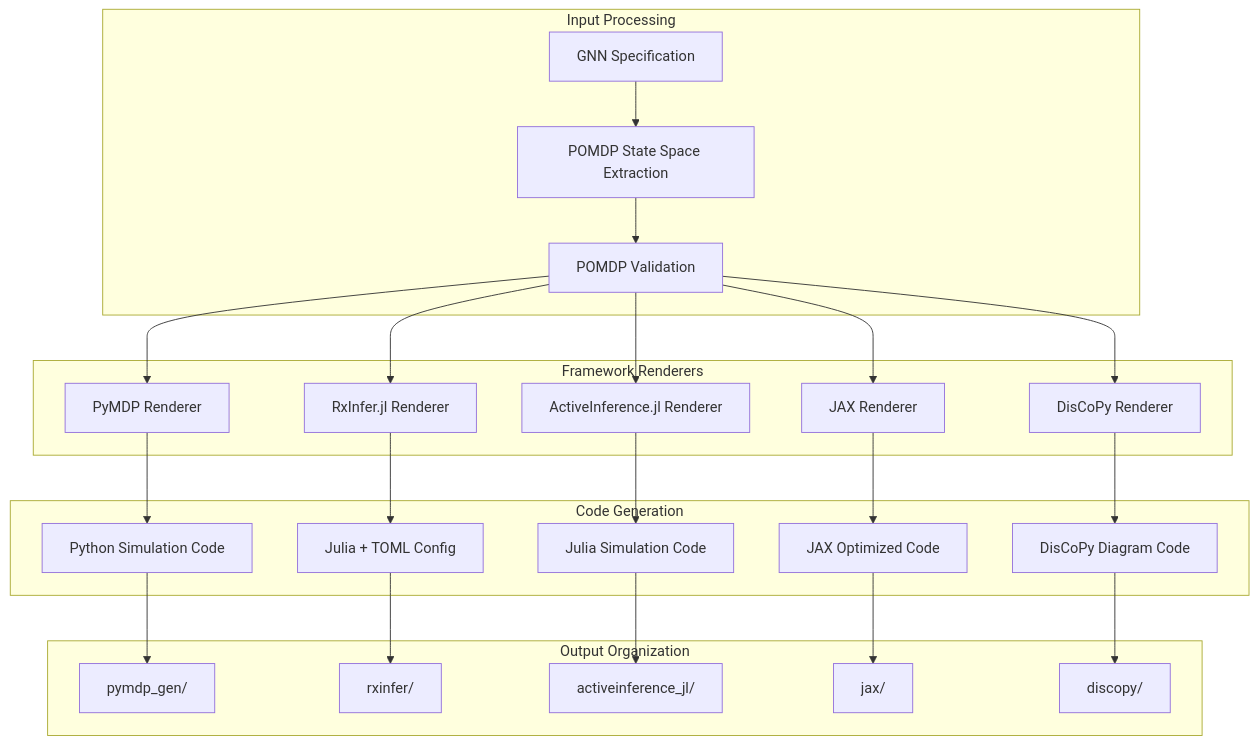
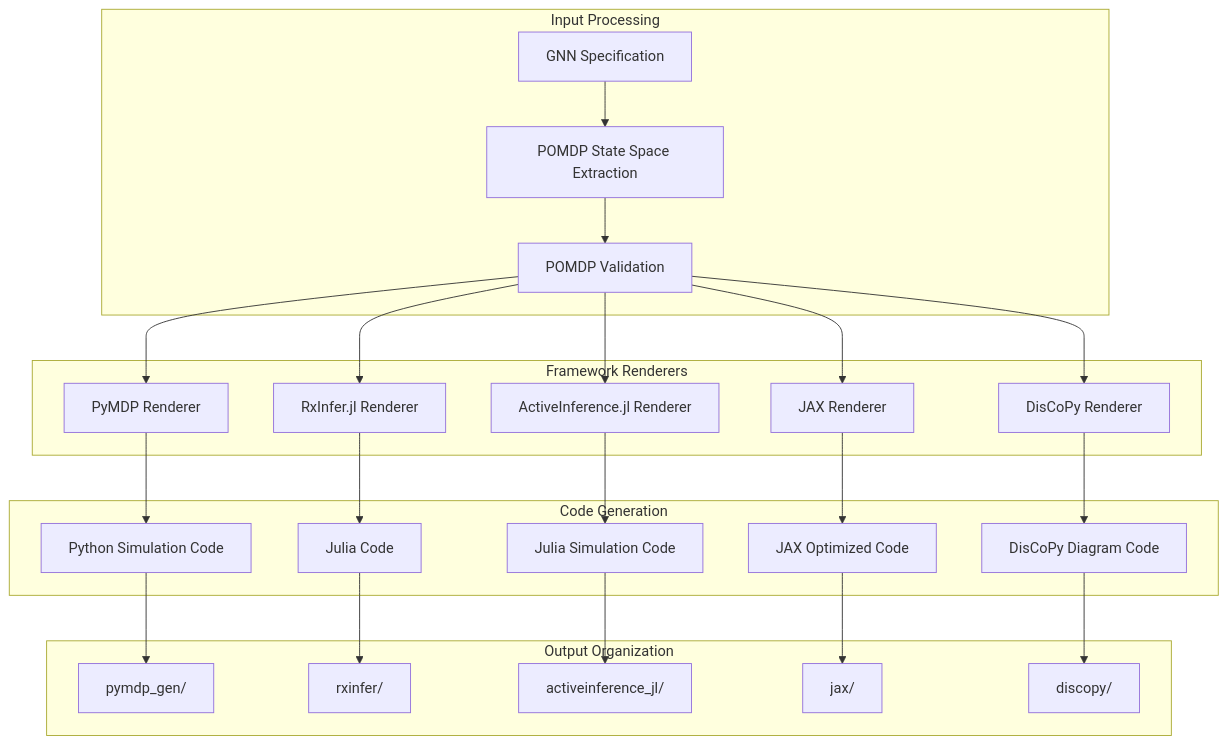
One commit to ActiveInferenceInstitute/GeneralizedNotationNotation changed the second of 3 diagrams in src/render/README.md. Above: the diagram before and after it, drawn with Mermaid. The commit also changed other lines of this file and 278 other files, not shown here.

````diff
--- a/src/render/README.md
+++ b/src/render/README.md
@@ -38,52 +38,52 @@
 ```mermaid
 graph TB
     subgraph "Input Processing"
         GNNFile[GNN Specification]
         POMDPExtract[POMDP State Space Extraction]
         Validate[POMDP Validation]
     end
     
     subgraph "Framework Renderers"
         PyMDPRenderer[PyMDP Renderer]
         RxInferRenderer[RxInfer.jl Renderer]
         ActInfRenderer[ActiveInference.jl Renderer]
         JAXRenderer[JAX Renderer]
         DisCoPyRenderer[DisCoPy Renderer]
     end
     
     subgraph "Code Generation"
         PyMDPCode[Python Simulation Code]
-        RxInferCode[Julia + TOML Config]
+        RxInferCode[Julia Code]
         ActInfCode[Julia Simulation Code]
         JAXCode[JAX Optimized Code]
         DisCoPyCode[DisCoPy Diagram Code]
     end
     
     subgraph "Output Organization"
         PyMDPOut[pymdp_gen/]
         RxInferOut[rxinfer/]
         ActInfOut[activeinference_jl/]
         JAXOut[jax/]
         DisCoPyOut[discopy/]
     end
     
     GNNFile --> POMDPExtract
     POMDPExtract --> Validate
     Validate --> PyMDPRenderer
     Validate --> RxInferRenderer
     Validate --> ActInfRenderer
     Validate --> JAXRenderer
     Validate --> DisCoPyRenderer
     
     PyMDPRenderer --> PyMDPCode
     RxInferRenderer --> RxInferCode
     ActInfRenderer --> ActInfCode
     JAXRenderer --> JAXCode
     DisCoPyRenderer --> DisCoPyCode
     
     PyMDPCode --> PyMDPOut
     RxInferCode --> RxInferOut
     ActInfCode --> ActInfOut
     JAXCode --> JAXOut
     DisCoPyCode --> DisCoPyOut
 ```
````
